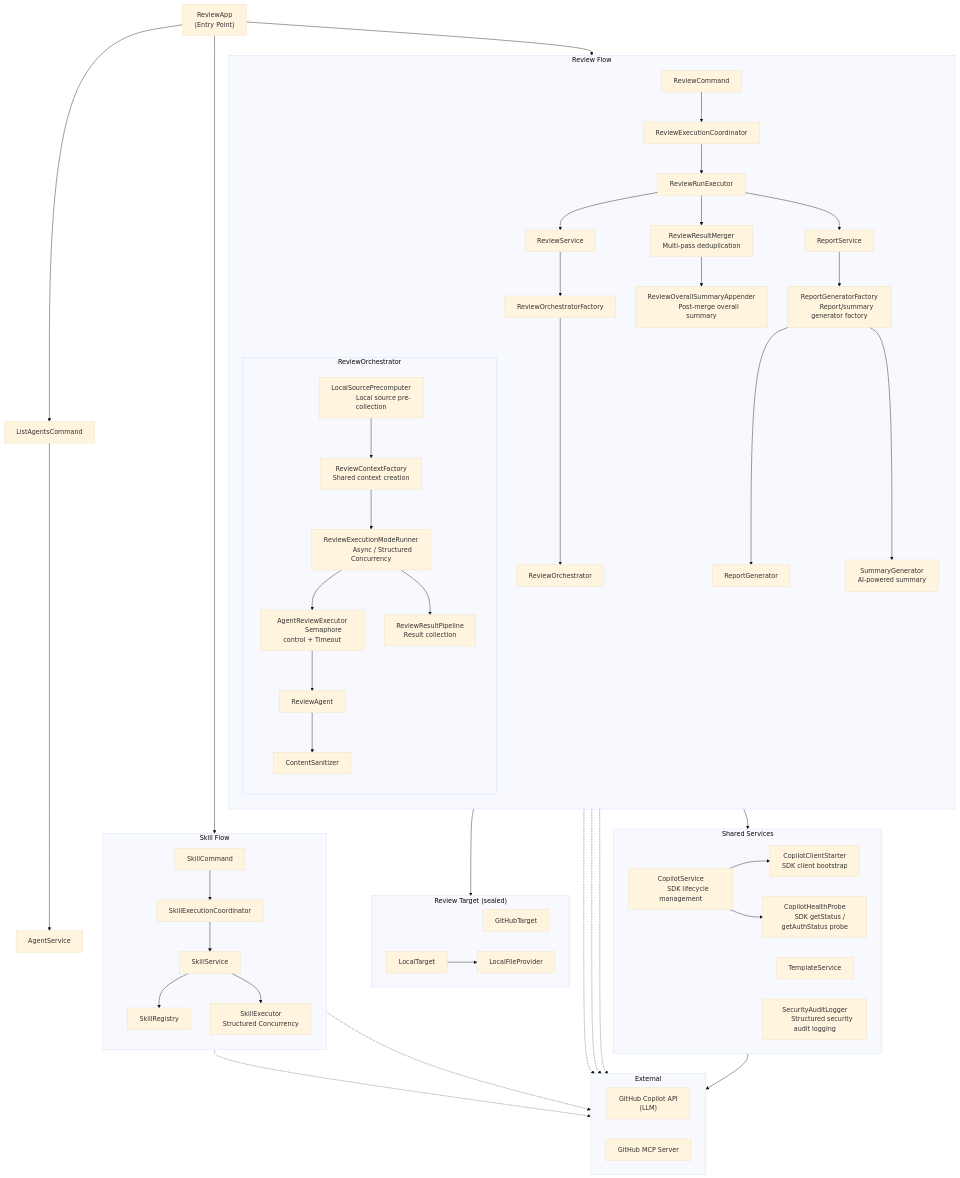
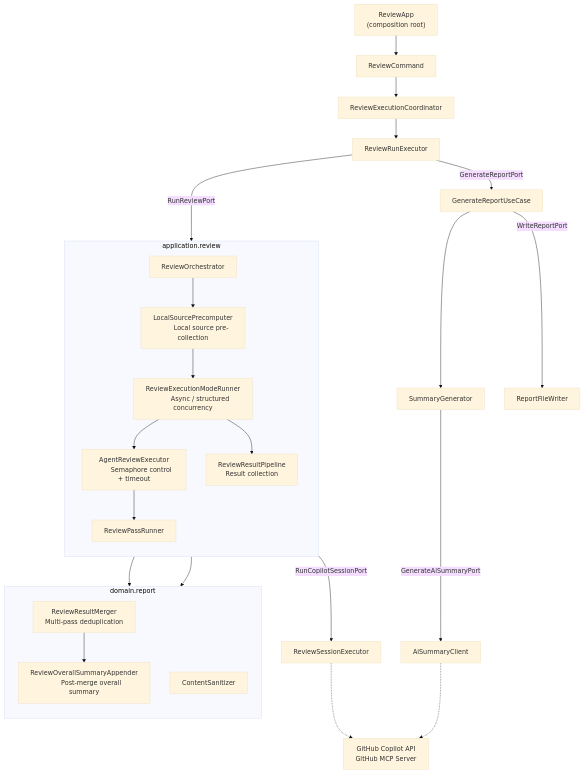
The second of 2 diagrams in README_en.md (anishi1222/multi-agent-code-reviewer), drawn with Mermaid (base theme) before and after one commit. The commit also changed other lines of this file and 22 other files, not shown here.

First line of the commit message:
docs(t16): adopt ADR-0006 as architecture of record and re-sync user-facing docs

````diff
--- a/README_en.md
+++ b/README_en.md
@@ -816,106 +909,45 @@
 ```mermaid
 flowchart TB
-    %% ── CLI ──
     ReviewApp["ReviewApp
-    (Entry Point)"]
-    ReviewApp --> ReviewCommand
-    ReviewApp --> ListAgentsCommand
-    ReviewApp --> SkillCommand
+    (composition root)"] --> ReviewCommand
+    ReviewCommand --> ReviewExecutionCoordinator
+    ReviewExecutionCoordinator --> ReviewRunExecutor
 
-    %% ── Review flow ──
-    subgraph ReviewFlow["Review Flow"]
+    ReviewRunExecutor -->|RunReviewPort| ReviewOrchestrator
+
+    subgraph APP["application.review"]
         direction TB
-        ReviewCommand --> ReviewExecutionCoordinator
-        ReviewExecutionCoordinator --> ReviewRunExecutor
-
-        ReviewRunExecutor --> ReviewService
-        ReviewService --> ReviewOrchestratorFactory
-        ReviewOrchestratorFactory --> ReviewOrchestrator
-
-        subgraph Orchestrator["ReviewOrchestrator"]
-            direction TB
-            LocalSourcePrecomputer["LocalSourcePrecomputer
-            Local source pre-collection"]
-            ReviewContextFactory["ReviewContextFactory
-            Shared context creation"]
-            ReviewExecutionModeRunner["ReviewExecutionModeRunner
-            Async / Structured Concurrency"]
-            AgentReviewExecutor["AgentReviewExecutor
-            Semaphore control + Timeout"]
-            ReviewResultPipeline["ReviewResultPipeline
-            Result collection"]
-
-            LocalSourcePrecomputer --> ReviewContextFactory
-            ReviewContextFactory --> ReviewExecutionModeRunner
-            ReviewExecutionModeRunner --> AgentReviewExecutor
-            AgentReviewExecutor --> ReviewAgent
-            ReviewAgent --> ContentSanitizer
-            ReviewExecutionModeRunner --> ReviewResultPipeline
-        end
-
-        ReviewRunExecutor --> ReviewResultMerger["ReviewResultMerger
-        Multi-pass deduplication"]
-        ReviewResultMerger --> ReviewOverallSummaryAppender["ReviewOverallSummaryAppender
-        Post-merge overall summary"]
-        ReviewRunExecutor --> ReportService
-        ReportService --> ReportGeneratorFactory["ReportGeneratorFactory
-        Report/summary generator factory"]
-        ReportGeneratorFactory --> ReportGenerator
-        ReportGeneratorFactory --> SummaryGenerator["SummaryGenerator
-        AI-powered summary"]
+        ReviewOrchestrator --> LocalSourcePrecomputer["LocalSourcePrecomputer
+        Local source pre-collection"]
+        LocalSourcePrecomputer --> ReviewExecutionModeRunner["ReviewExecutionModeRunner
+        Async / structured concurrency"]
+        ReviewExecutionModeRunner --> AgentReviewExecutor["AgentReviewExecutor
+        Semaphore control + timeout"]
+        AgentReviewExecutor --> ReviewPassRunner
+        ReviewExecutionModeRunner --> ReviewResultPipeline["ReviewResultPipeline
+        Result collection"]
     end
 
-    %% ── List flow ──
-    ListAgentsCommand --> AgentService
-
-    %% ── Skill flow ──
-    subgraph SkillFlow["Skill Flow"]
+    subgraph DOM["domain.report"]
         direction TB
-        SkillCommand --> SkillExecutionCoordinator
-        SkillExecutionCoordinator --> SkillService
-        SkillService --> SkillRegistry
-        SkillService --> SkillExecutor["SkillExecutor
-        Structured Concurrency"]
+        ReviewResultMerger["ReviewResultMerger
+        Multi-pass deduplication"]
+        ReviewOverallSummaryAppender["ReviewOverallSummaryAppender
+        Post-merge overall summary"]
+        ContentSanitizer
     end
 
-    %% ── Review Target ──
-    subgraph Target["Review Target (sealed)"]
-        direction LR
-        GitHubTarget
-        LocalTarget --> LocalFileProvider
-    end
-    ReviewService --> Target
+    ReviewPassRunner -->|RunCopilotSessionPort| ReviewSessionExecutor
+    ReviewPassRunner --> ContentSanitizer
+    ReviewResultPipeline --> ReviewResultMerger
+    ReviewResultMerger --> ReviewOverallSummaryAppender
 
-    %% ── Shared services ──
-    subgraph Shared["Shared Services"]
-        direction LR
-        CopilotService["CopilotService
-        SDK lifecycle management"]
-      CopilotClientStarter["CopilotClientStarter
-      SDK client bootstrap"]
-      CopilotHealthProbe["CopilotHealthProbe
-      SDK getStatus / getAuthStatus probe"]
-        TemplateService
-        SecurityAuditLogger["SecurityAuditLogger
-        Structured security audit logging"]
-    end
+    ReviewRunExecutor -->|GenerateReportPort| GenerateReportUseCase
+    GenerateReportUseCase --> SummaryGenerator
+    GenerateReportUseCase -->|WriteReportPort| ReportFileWriter
+    SummaryGenerator -->|GenerateAiSummaryPort| AiSummaryClient
 
-    ReviewExecutionCoordinator --> CopilotService
-    CopilotService --> CopilotClientStarter
-    CopilotService --> CopilotHealthProbe
-
-    %% ── External ──
-    subgraph External["External"]
-        direction LR
-        CopilotAPI["GitHub Copilot API
-        (LLM)"]
-        GitHubMCP["GitHub MCP Server"]
-    end
-
-    CopilotService --> CopilotAPI
-    ReviewAgent -.-> CopilotAPI
-    ReviewAgent -.-> GitHubMCP
-    SkillExecutor -.-> CopilotAPI
-    SkillExecutor -.-> GitHubMCP
-    SummaryGenerator -.-> CopilotAPI
+    ReviewSessionExecutor -.-> Ext["GitHub Copilot API
+    GitHub MCP Server"]
+    AiSummaryClient -.-> Ext
 ```
````
